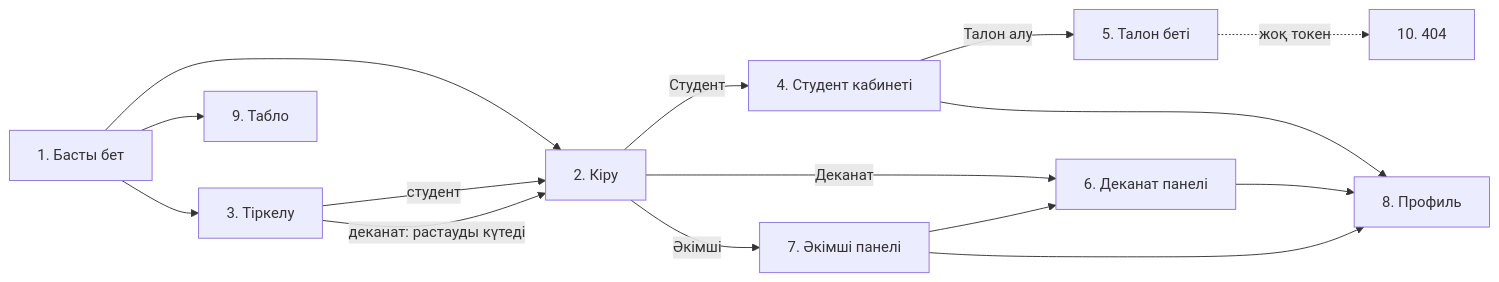
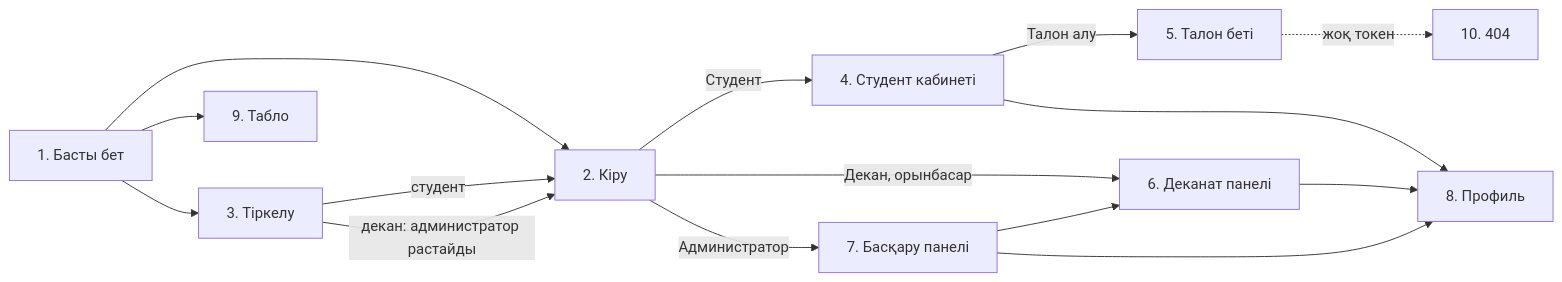
The diagram in docs/02_макеттер.md (LagerREG11/dekanat-queue), drawn with Mermaid before and after one commit. The commit also changed other lines of this file and 16 other files, not shown here.

````diff
--- a/docs/02_макеттер.md
+++ b/docs/02_макеттер.md
@@ -194,15 +196,15 @@
 ```mermaid
 flowchart LR
     H[1. Басты бет] --> L[2. Кіру]
     H --> R[3. Тіркелу]
     R -->|студент| L
-    R -->|деканат: растауды күтеді| L
+    R -->|декан: администратор растайды| L
     L -->|Студент| S[4. Студент кабинеті]
-    L -->|Деканат| D[6. Деканат панелі]
-    L -->|Әкімші| A[7. Әкімші панелі]
+    L -->|Декан, орынбасар| D[6. Деканат панелі]
+    L -->|Администратор| A[7. Басқару панелі]
     S -->|Талон алу| T[5. Талон беті]
     A --> D
     S & D & A --> P[8. Профиль]
     H --> B[9. Табло]
     T -.->|жоқ токен| E[10. 404]
 ```
````
